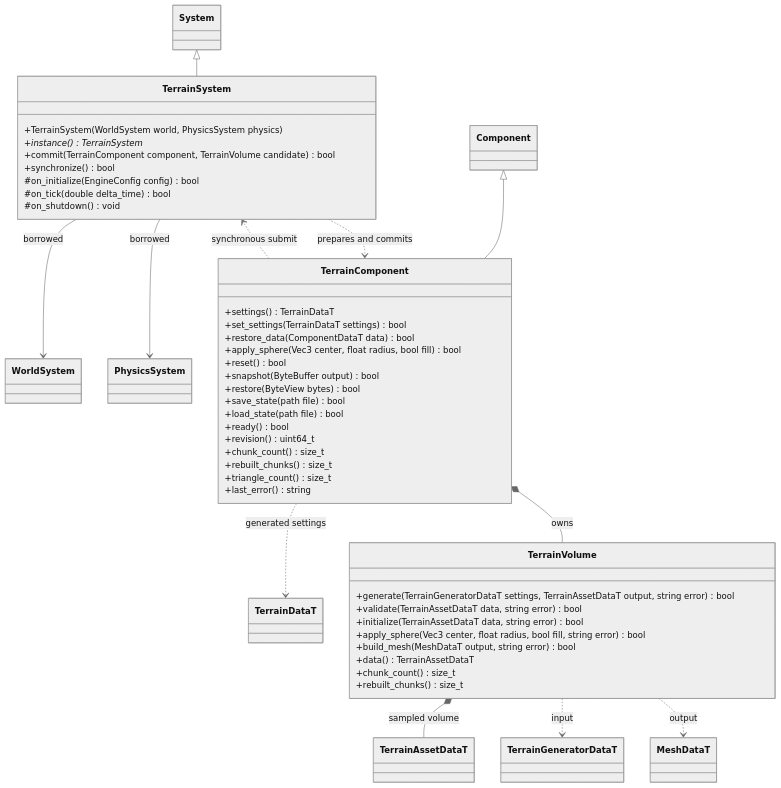
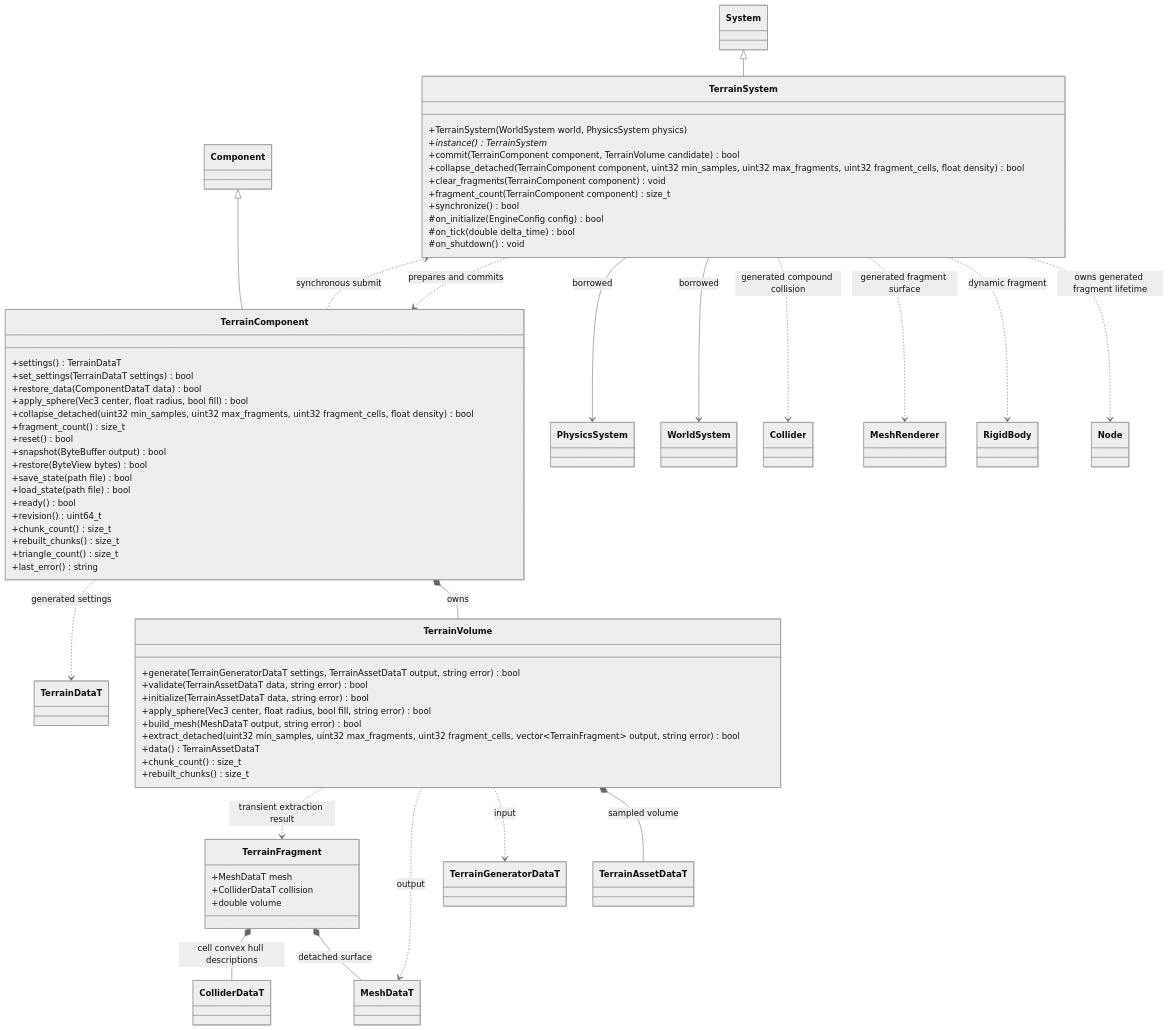
Before and after one commit to lcals/Engine: the diagram in docs/plugins/runtime/class-diagrams/terrain.md, drawn with Mermaid (neutral theme). The commit also changed other lines of this file and 109 other files, not shown here.

````diff
--- a/docs/plugins/runtime/class-diagrams/terrain.md
+++ b/docs/plugins/runtime/class-diagrams/terrain.md
@@ -7,58 +7,76 @@
 ```mermaid
 classDiagram
 class System
 class Component
 class WorldSystem
 class PhysicsSystem
 class TerrainGeneratorDataT
 class TerrainAssetDataT
 class TerrainDataT
 class MeshDataT
+class TerrainFragment {
++MeshDataT mesh
++ColliderDataT collision
++double volume
+}
 class TerrainVolume {
 +generate(TerrainGeneratorDataT settings, TerrainAssetDataT output, string error) bool
 +validate(TerrainAssetDataT data, string error) bool
 +initialize(TerrainAssetDataT data, string error) bool
 +apply_sphere(Vec3 center, float radius, bool fill, string error) bool
 +build_mesh(MeshDataT output, string error) bool
++extract_detached(uint32 min_samples, uint32 max_fragments, uint32 fragment_cells, vector~TerrainFragment~ output, string error) bool
 +data() TerrainAssetDataT
 +chunk_count() size_t
 +rebuilt_chunks() size_t
 }
 class TerrainComponent {
 +settings() TerrainDataT
 +set_settings(TerrainDataT settings) bool
 +restore_data(ComponentDataT data) bool
 +apply_sphere(Vec3 center, float radius, bool fill) bool
++collapse_detached(uint32 min_samples, uint32 max_fragments, uint32 fragment_cells, float density) bool
++fragment_count() size_t
 +reset() bool
 +snapshot(ByteBuffer output) bool
 +restore(ByteView bytes) bool
 +save_state(path file) bool
 +load_state(path file) bool
 +ready() bool
 +revision() uint64_t
 +chunk_count() size_t
 +rebuilt_chunks() size_t
 +triangle_count() size_t
 +last_error() string
 }
 class TerrainSystem {
 +TerrainSystem(WorldSystem world, PhysicsSystem physics)
 +instance() TerrainSystem*
 +commit(TerrainComponent component, TerrainVolume candidate) bool
++collapse_detached(TerrainComponent component, uint32 min_samples, uint32 max_fragments, uint32 fragment_cells, float density) bool
++clear_fragments(TerrainComponent component) void
++fragment_count(TerrainComponent component) size_t
 +synchronize() bool
 #on_initialize(EngineConfig config) bool
 #on_tick(double delta_time) bool
 #on_shutdown() void
 }
 System <|-- TerrainSystem
 Component <|-- TerrainComponent
 TerrainComponent *-- TerrainVolume : owns
 TerrainVolume *-- TerrainAssetDataT : sampled volume
 TerrainVolume ..> TerrainGeneratorDataT : input
 TerrainVolume ..> MeshDataT : output
+TerrainVolume ..> TerrainFragment : transient extraction result
+TerrainFragment *-- MeshDataT : detached surface
+TerrainFragment *-- ColliderDataT : cell convex hull descriptions
+TerrainSystem ..> Node : owns generated fragment lifetime
+TerrainSystem ..> RigidBody : dynamic fragment
+TerrainSystem ..> MeshRenderer : generated fragment surface
+TerrainSystem ..> Collider : generated compound collision
 TerrainComponent ..> TerrainDataT : generated settings
 TerrainComponent ..> TerrainSystem : synchronous submit
 TerrainSystem --> WorldSystem : borrowed
 TerrainSystem --> PhysicsSystem : borrowed
 TerrainSystem ..> TerrainComponent : prepares and commits
 ```
````
